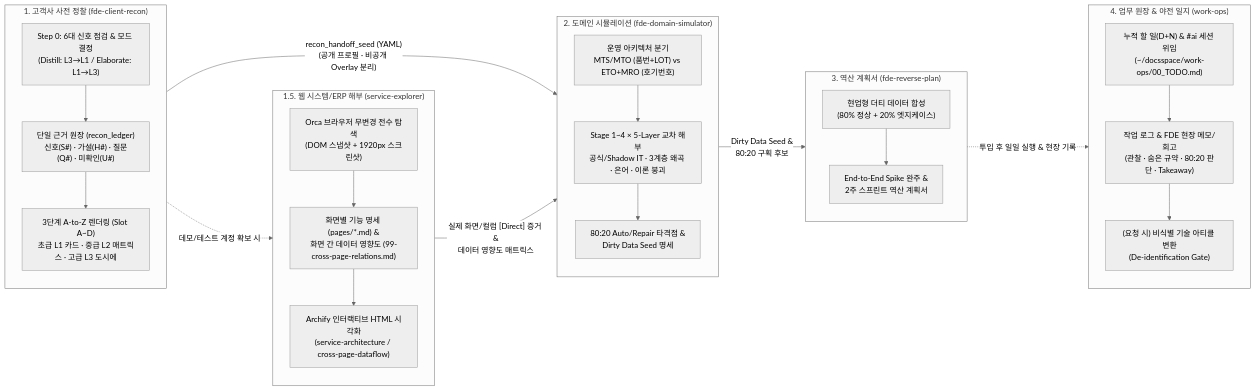
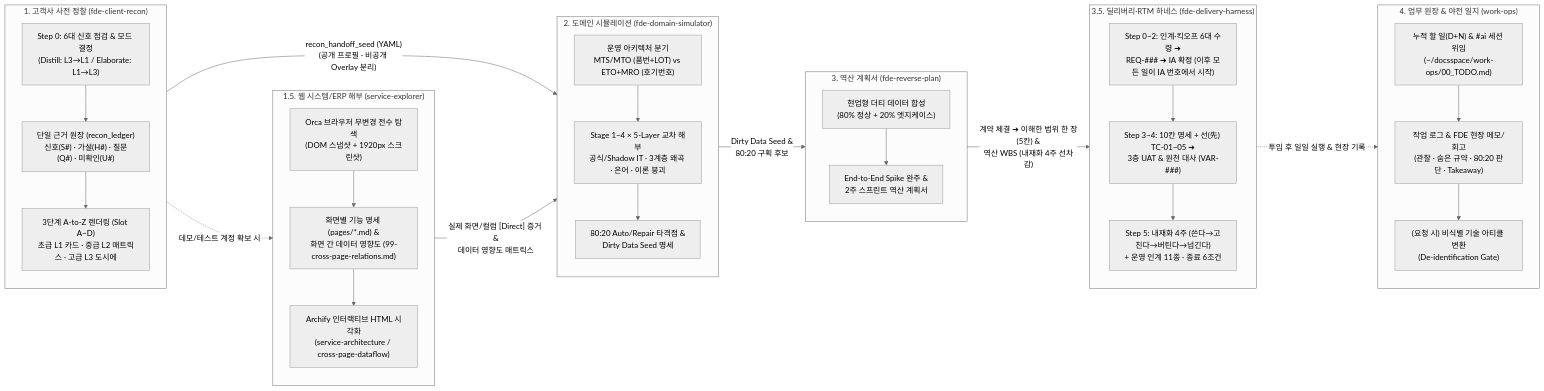
Before and after one commit to Dae-Jeong/fde-skills: the diagram in README.md, drawn with Mermaid (neutral theme). The commit also changed other lines of this file and 9 other files, not shown here.

````diff
--- a/README.md
+++ b/README.md
@@ -23,47 +24,56 @@
 ```mermaid
 flowchart LR
   subgraph S1["1. 고객사 사전 정찰 (fde-client-recon)"]
     direction TB
     R0["Step 0: 6대 신호 점검 & 모드 결정<br/>(Distill: L3→L1 / Elaborate: L1→L3)"]
     R1["단일 근거 원장 (recon_ledger)<br/>신호(S#) · 가설(H#) · 질문(Q#) · 미확인(U#)"]
     R2["3단계 A-to-Z 렌더링 (Slot A~D)<br/>초급 L1 카드 · 중급 L2 매트릭스 · 고급 L3 도시에"]
     R0 --> R1 --> R2
   end
 
   subgraph S1_5["1.5. 웹 시스템/ERP 해부 (service-explorer)"]
     direction TB
     E1["Orca 브라우저 무변경 전수 탐색<br/>(DOM 스냅샷 + 1920px 스크린샷)"]
     E2["화면별 기능 명세 (pages/*.md) &<br/>화면 간 데이터 영향도 (99-cross-page-relations.md)"]
     E3["Archify 인터랙티브 HTML 시각화<br/>(service-architecture / cross-page-dataflow)"]
     E1 --> E2 --> E3
   end
 
   subgraph S2["2. 도메인 시뮬레이션 (fde-domain-simulator)"]
     direction TB
     D1["운영 아키텍처 분기<br/>MTS/MTO (품번+LOT) vs ETO+MRO (호기번호)"]
     D2["Stage 1~4 × 5-Layer 교차 해부<br/>공식/Shadow IT · 3계층 왜곡 · 은어 · 이론 붕괴"]
     D3["80:20 Auto/Repair 타격점 &<br/>Dirty Data Seed 명세"]
     D1 --> D2 --> D3
   end
 
   subgraph S3["3. 역산 계획서 (fde-reverse-plan)"]
     direction TB
     P1["현업형 더티 데이터 합성<br/>(80% 정상 + 20% 엣지케이스)"]
     P2["End-to-End Spike 완주 &<br/>2주 스프린트 역산 계획서"]
     P1 --> P2
   end
 
+  subgraph S3_5["3.5. 딜리버리·RTM 하네스 (fde-delivery-harness)"]
+    direction TB
+    H1["Step 0~2: 인계·킥오프 6대 수령 ➔<br/>REQ-### ➔ IA 확정 (이후 모든 일이 IA 번호에서 시작)"]
+    H2["Step 3~4: 10칸 명세 + 선(先) TC-01~05 ➔<br/>3층 UAT & 원천 대사 (VAR-###)"]
+    H3["Step 5: 내재화 4주 (쓴다→고친다→버틴다→넘긴다)<br/>+ 운영 인계 11종 · 종료 6조건"]
+    H1 --> H2 --> H3
+  end
+
   subgraph S4["4. 업무 원장 & 야전 일지 (work-ops)"]
     direction TB
     W0["누적 할 일(D+N) & #ai 세션 위임<br/>(~/docsspace/work-ops/00_TODO.md)"]
     W1["작업 로그 & FDE 현장 메모/회고<br/>(관찰 · 숨은 규약 · 80:20 판단 · Takeaway)"]
     W2["(요청 시) 비식별 기술 아티클 변환<br/>(De-identification Gate)"]
     W0 --> W1 --> W2
   end
 
   S1 -- "recon_handoff_seed (YAML)<br/>(공개 프로필 · 비공개 Overlay 분리)" --> S2
   S1 -. "데모/테스트 계정 확보 시" .-> S1_5
   S1_5 -- "실제 화면/컬럼 [Direct] 증거 &<br/>데이터 영향도 매트릭스" --> S2
   S2 -- "Dirty Data Seed &<br/>80:20 구획 후보" --> S3
-  S3 -. "투입 후 일일 실행 & 현장 기록" .-> S4
+  S3 -- "계약 체결 ➔ 이해한 범위 한 장(5칸) &<br/>역산 WBS (내재화 4주 선차감)" --> S3_5
+  S3_5 -. "투입 후 일일 실행 & 현장 기록" .-> S4
 ```
````
